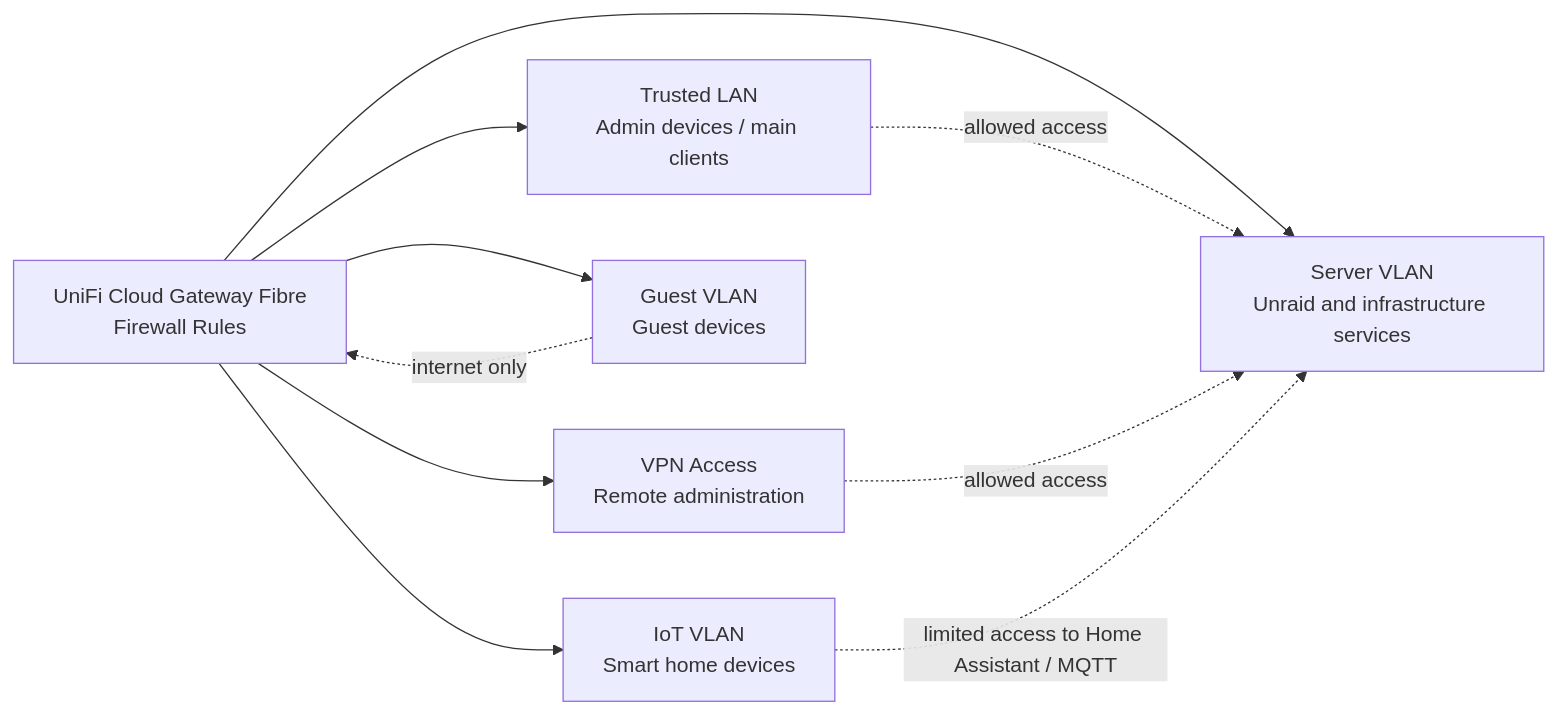
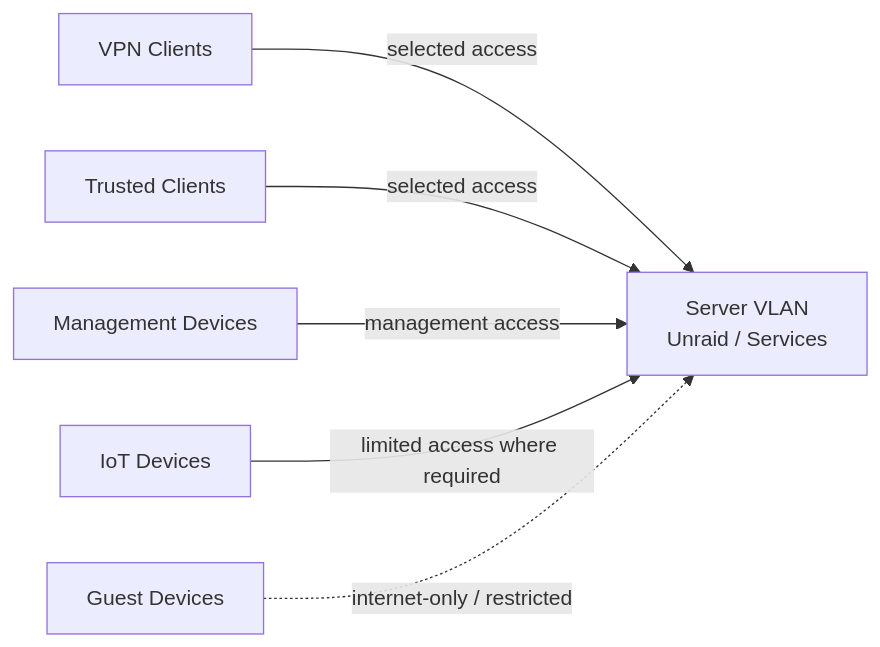
One commit to ThomasMann2001/HeimServer-Projekt changed the second of 2 diagrams in docs/architecture.md. Above: the diagram before and after it, drawn with Mermaid. The commit also changed other lines of this file, not shown here.

First line of the commit message:
Revise architecture document for clarity and detail

````diff
--- a/docs/architecture.md
+++ b/docs/architecture.md
@@ -184,21 +90,15 @@
 ```mermaid
 flowchart LR
-    UCG2["UniFi Cloud Gateway Fibre<br>Firewall Rules"]
+    VPN["VPN Clients"]
+    Trusted["Trusted Clients"]
+    Mgmt["Management Devices"]
+    IoT["IoT Devices"]
+    Guest["Guest Devices"]
+    Server["Server VLAN<br>Unraid / Services"]
 
-    TrustedLAN["Trusted LAN<br>Admin devices / main clients"]
-    ServerVLAN["Server VLAN<br>Unraid and infrastructure services"]
-    IoTVLAN["IoT VLAN<br>Smart home devices"]
-    GuestVLAN["Guest VLAN<br>Guest devices"]
-    VPN["VPN Access<br>Remote administration"]
-
-    UCG2 --> TrustedLAN
-    UCG2 --> ServerVLAN
-    UCG2 --> IoTVLAN
-    UCG2 --> GuestVLAN
-    UCG2 --> VPN
-
-    TrustedLAN -. allowed access .-> ServerVLAN
-    VPN -. allowed access .-> ServerVLAN
-    IoTVLAN -. limited access to Home Assistant / MQTT .-> ServerVLAN
-    GuestVLAN -. internet only .-> UCG2
+    VPN -->|"selected access"| Server
+    Trusted -->|"selected access"| Server
+    Mgmt -->|"management access"| Server
+    IoT -->|"limited access where required"| Server
+    Guest -. "internet-only / restricted" .-> Server
 ```
````
